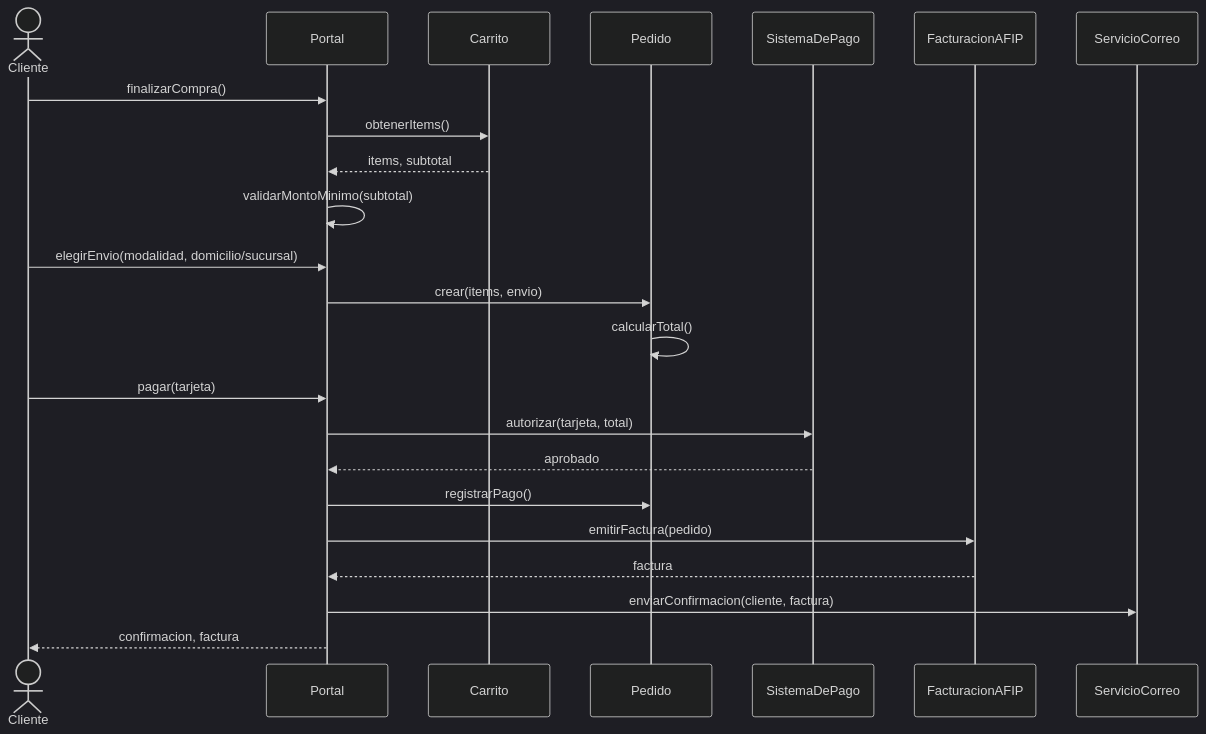
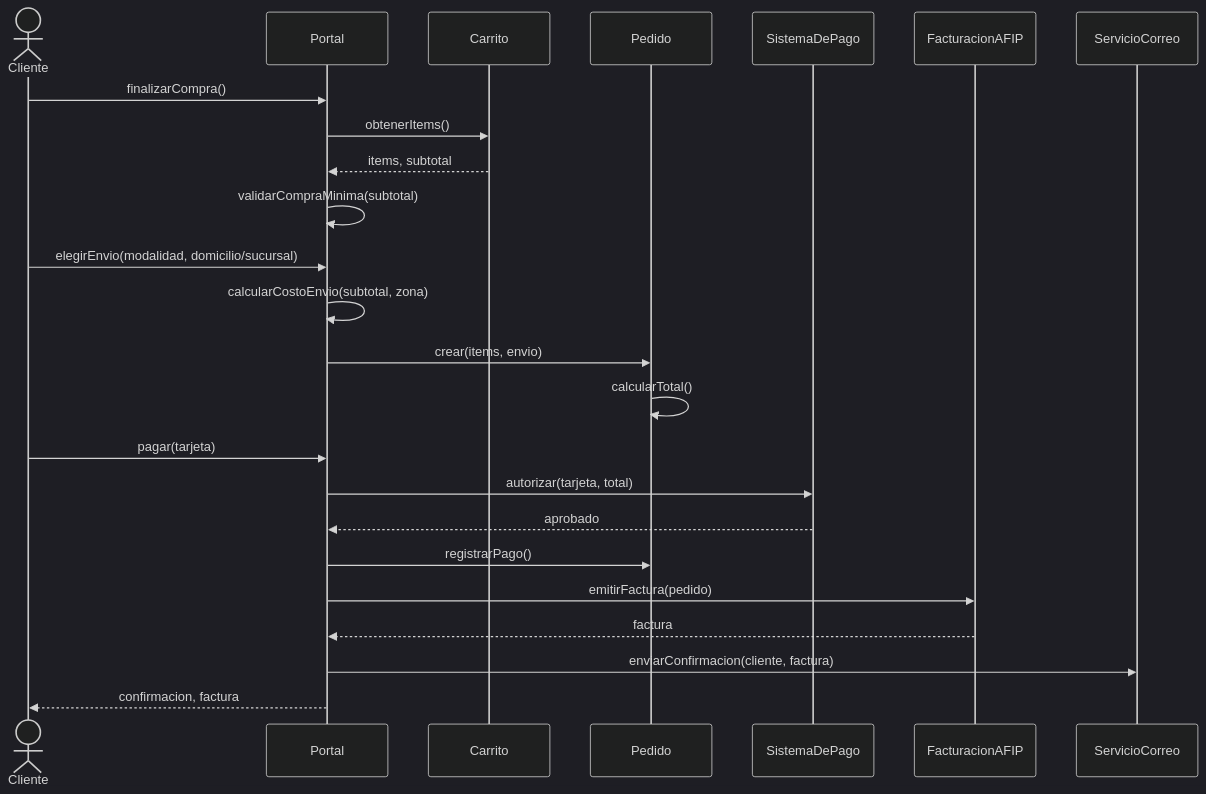
The fifth of 6 diagrams in practicas/practica-1.md (unlam-informatica/diseno-de-software), drawn with Mermaid before and after one commit. The commit also changed other lines of this file and 5 other files, not shown here.

Commit message:
mermaid zoom y practica 2

````diff
--- a/practicas/practica-1.md
+++ b/practicas/practica-1.md
@@ -359,27 +374,28 @@
 ```mermaid
 %%{init: {'theme':'dark'}}%%
 sequenceDiagram
     actor C as Cliente
     participant P as Portal
     participant Ca as Carrito
     participant Pe as Pedido
     participant SP as SistemaDePago
     participant F as FacturacionAFIP
     participant M as ServicioCorreo
 
     C->>P: finalizarCompra()
     P->>Ca: obtenerItems()
     Ca-->>P: items, subtotal
-    P->>P: validarMontoMinimo(subtotal)
+    P->>P: validarCompraMinima(subtotal)
     C->>P: elegirEnvio(modalidad, domicilio/sucursal)
+    P->>P: calcularCostoEnvio(subtotal, zona)
     P->>Pe: crear(items, envio)
     Pe->>Pe: calcularTotal()
     C->>P: pagar(tarjeta)
     P->>SP: autorizar(tarjeta, total)
     SP-->>P: aprobado
     P->>Pe: registrarPago()
     P->>F: emitirFactura(pedido)
     F-->>P: factura
     P->>M: enviarConfirmacion(cliente, factura)
     P-->>C: confirmacion, factura
 ```
````
